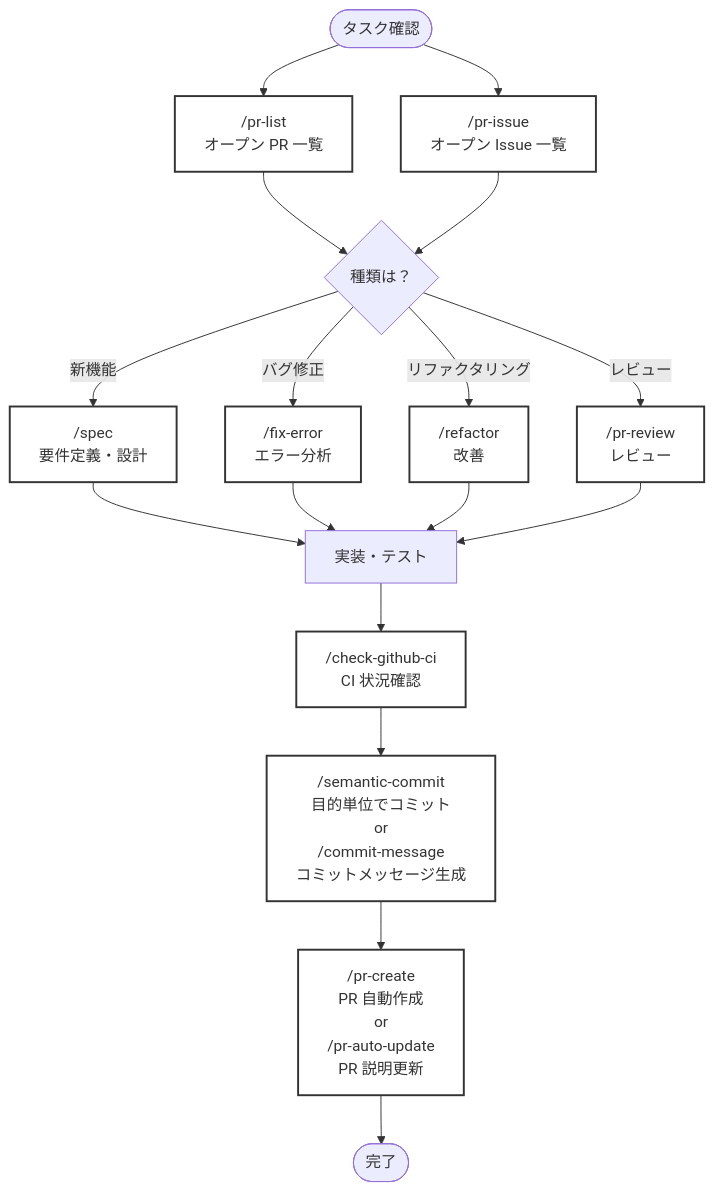
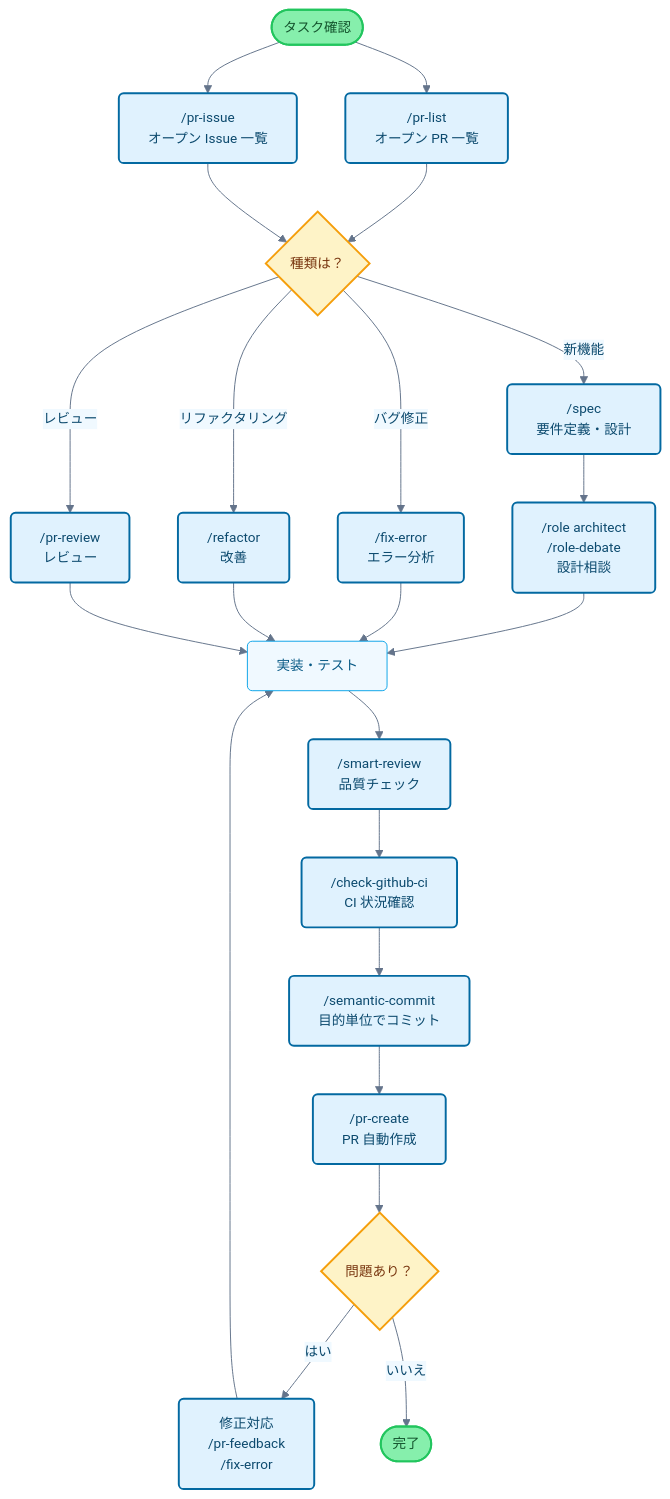
One commit to tanak/claude-code-cookbook changed the diagram in README.md. Above: the diagram before and after it, drawn with Mermaid.

Commit message:
Sync from dotfiles/dot_claude
Updated files:
dot_claude/README.md

Source commit: 7980e93fabeca8e864643346d34f80b4eb540dc2
Workflow: Sync Claude Settings
Run ID: 16487811159

````diff
--- a/README.md
+++ b/README.md
@@ -100,26 +100,42 @@
 ```mermaid
 flowchart TB
     Start([タスク確認]) --> PRList["/pr-list<br/>オープン PR 一覧"]
     Start --> PRIssue["/pr-issue<br/>オープン Issue 一覧"]
 
     PRList --> TaskType{種類は？}
     PRIssue --> TaskType
 
     TaskType -->|新機能| Plan["/spec<br/>要件定義・設計"]
     TaskType -->|バグ修正| Fix["/fix-error<br/>エラー分析"]
     TaskType -->|リファクタリング| Refactor["/refactor<br/>改善"]
     TaskType -->|レビュー| Review["/pr-review<br/>レビュー"]
 
-    Plan --> Implementation[実装・テスト]
+    Plan --> Design["/role architect<br/>/role-debate<br/>設計相談"]
+    Design --> Implementation[実装・テスト]
     Fix --> Implementation
     Refactor --> Implementation
     Review --> Implementation
 
-    Implementation --> CI["/check-github-ci<br/>CI 状況確認"]
-    CI --> Commit["/semantic-commit<br/>目的単位でコミット<br/>or<br/>/commit-message<br/>コミットメッセージ生成"]
-    Commit --> PR["/pr-create<br/>PR 自動作成<br/>or<br/>/pr-auto-update<br/>PR 説明更新"]
-    PR --> End([完了])
+    Implementation --> Check["/smart-review<br/>品質チェック"]
+    Check --> CI["/check-github-ci<br/>CI 状況確認"]
+    CI --> Commit["/semantic-commit<br/>目的単位でコミット"]
+    Commit --> PR["/pr-create<br/>PR 自動作成"]
 
-    classDef commandBox fill:none,stroke:#333,stroke-width:2px
-    class PRList,PRIssue,Plan,Fix,Refactor,Review,CI,Commit,PR commandBox
+    PR --> Status{問題あり？}
+    Status -->|はい| Feedback["修正対応<br/>/pr-feedback<br/>/fix-error"]
+    Status -->|いいえ| End([完了])
+
+    Feedback --> Implementation
+
+    classDef commandBox fill:#e0f2fe,stroke:#0369a1,stroke-width:2px,rx:5,ry:5,color:#0c4a6e
+    classDef processBox fill:#f0f9ff,stroke:#0ea5e9,stroke-width:1px,rx:5,ry:5,color:#075985
+    classDef decisionBox fill:#fef3c7,stroke:#f59e0b,stroke-width:2px,rx:5,ry:5,color:#78350f
+    classDef startEnd fill:#86efac,stroke:#22c55e,stroke-width:2px,rx:20,ry:20,color:#14532d
+
+    class PRList,PRIssue,Plan,Fix,Refactor,Review,Design,Check,CI,Commit,PR,Feedback commandBox
+    class Implementation processBox
+    class TaskType,Status decisionBox
+    class Start,End startEnd
+
+    %%{init: {'theme':'base', 'themeVariables': { 'primaryColor':'#e0f2fe', 'primaryTextColor':'#0c4a6e', 'primaryBorderColor':'#0369a1', 'lineColor':'#64748b', 'secondaryColor':'#f0f9ff', 'background':'#ffffff', 'mainBkg':'#ffffff', 'fontSize': '14px'}}}%%
 ```
````
